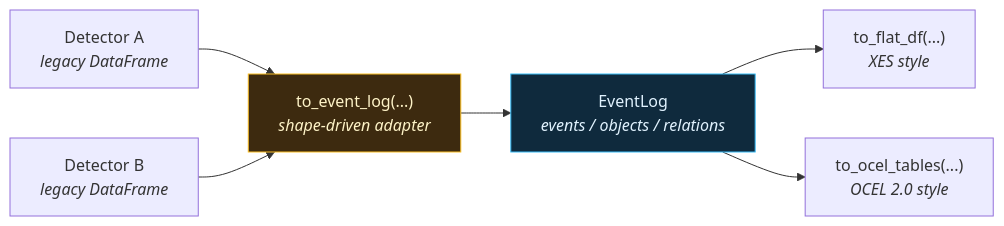
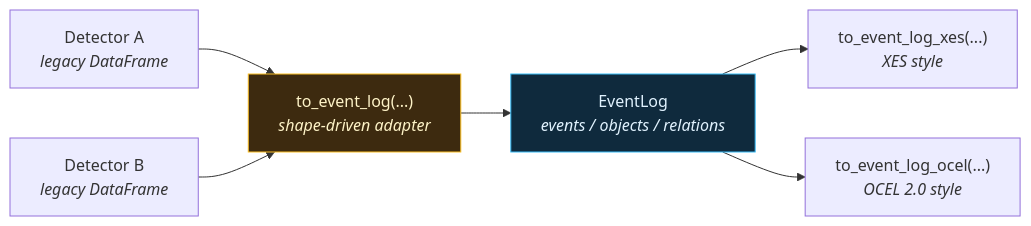
The diagram in docs/guides/eventlog.md (ts-shape/ts-shape), drawn with Mermaid before and after one commit. The commit also changed other lines of this file and 18 other files, not shown here.

````diff
--- a/docs/guides/eventlog.md
+++ b/docs/guides/eventlog.md
@@ -11,17 +11,17 @@
 ```mermaid
 flowchart LR
     LD1["Detector A<br/><i>legacy DataFrame</i>"]
     LD2["Detector B<br/><i>legacy DataFrame</i>"]
     NORM["to_event_log(...)<br/><i>shape-driven adapter</i>"]
     LOG["EventLog<br/><i>events / objects / relations</i>"]
-    XES["to_flat_df(...)<br/><i>XES style</i>"]
-    OCEL["to_ocel_tables(...)<br/><i>OCEL 2.0 style</i>"]
+    XES["to_event_log_xes(...)<br/><i>XES style</i>"]
+    OCEL["to_event_log_ocel(...)<br/><i>OCEL 2.0 style</i>"]
 
     LD1 --> NORM --> LOG
     LD2 --> NORM
     LOG --> XES
     LOG --> OCEL
 
     style LOG fill:#0f2a3d,stroke:#38bdf8,color:#e0f2fe
     style NORM fill:#3d2a0f,stroke:#fbbf24,color:#fef3c7
 ```
````
